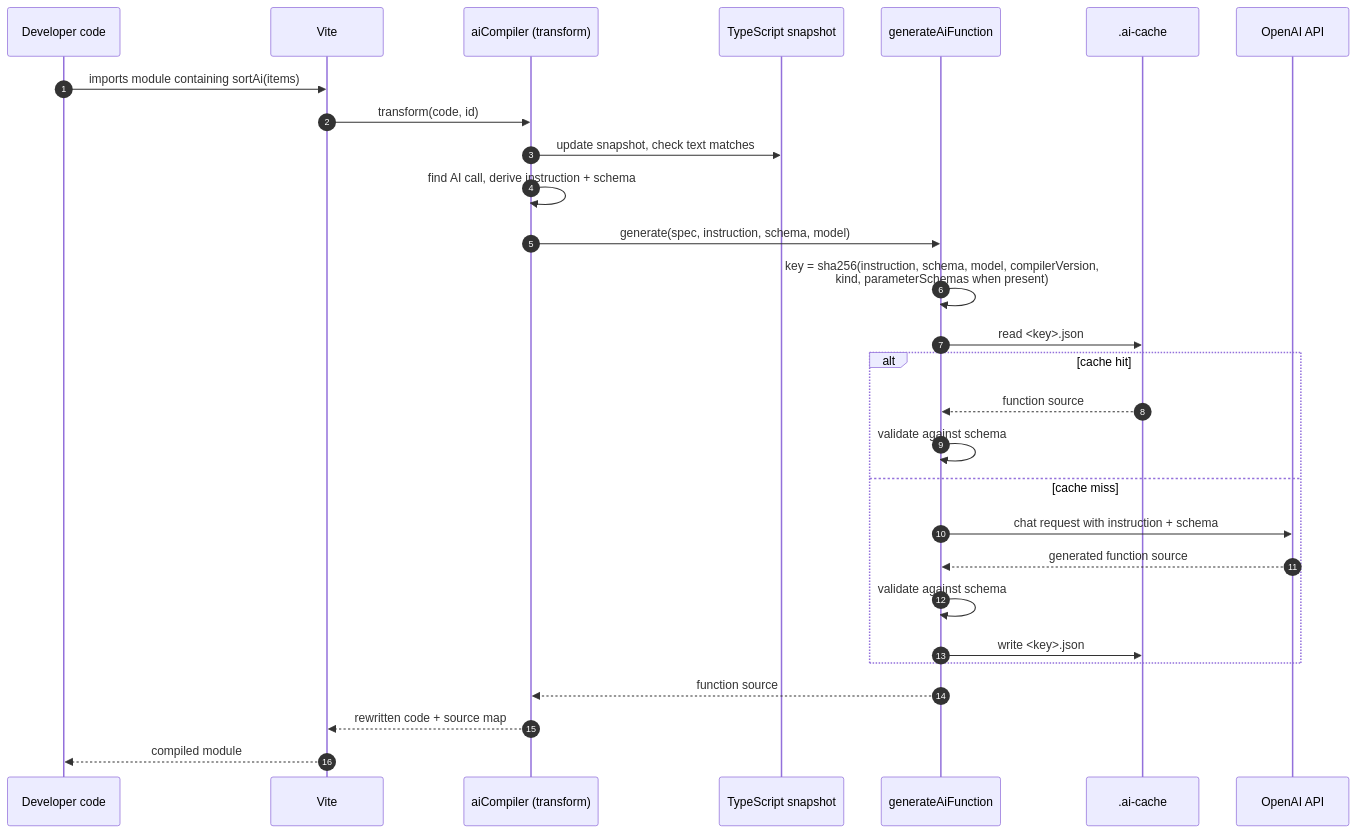
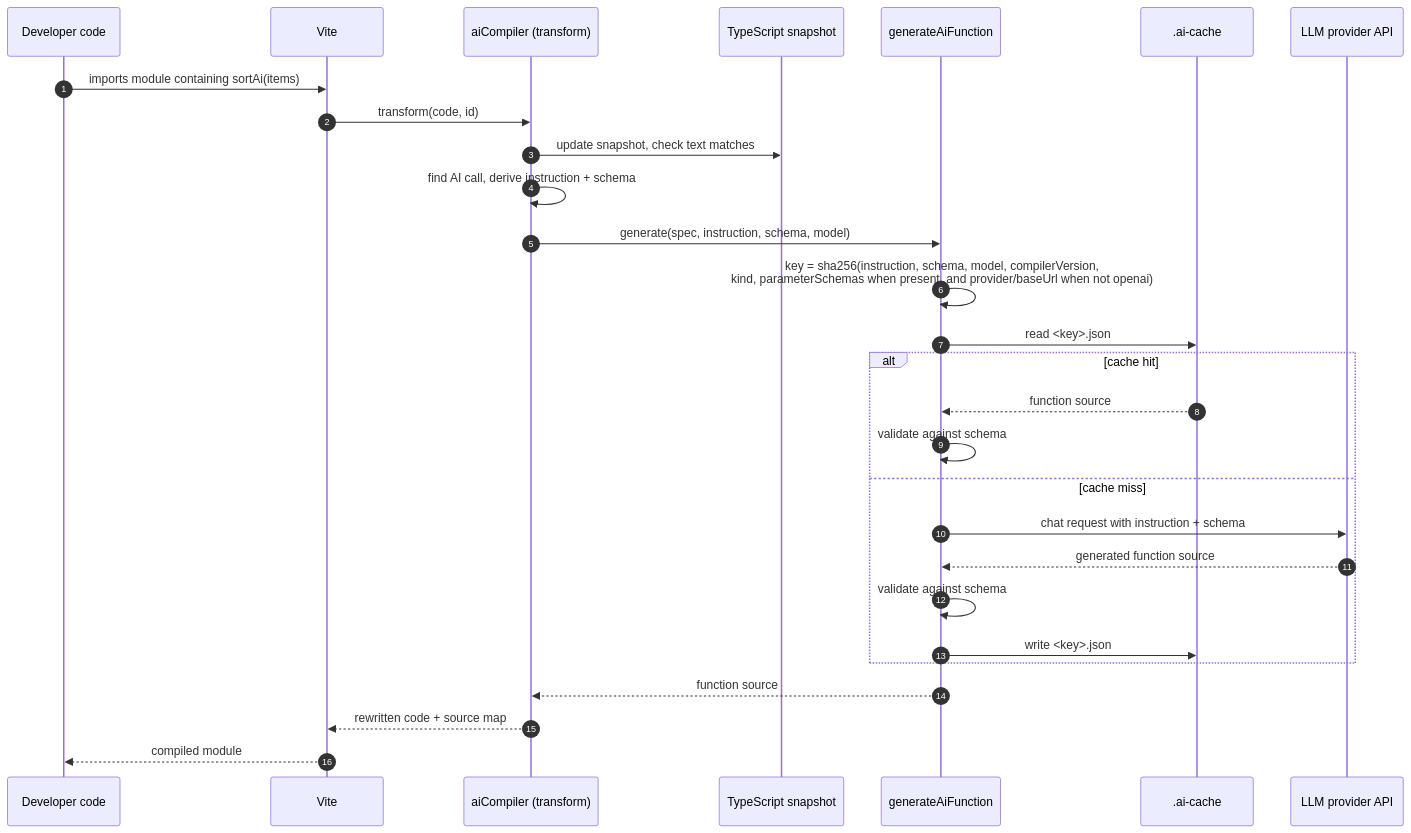
One commit to rand0mC0d3r/ai-lambda changed the third of 4 diagrams in packages/vite-plugin/docs/architecture.md. Above: the diagram before and after it, drawn with Mermaid. The commit also changed other lines of this file and 23 other files, not shown here.

````diff
--- a/packages/vite-plugin/docs/architecture.md
+++ b/packages/vite-plugin/docs/architecture.md
@@ -86,31 +86,31 @@
 ```mermaid
 sequenceDiagram
     autonumber
     participant Dev as Developer code
     participant Vite as Vite
     participant Plugin as aiCompiler (transform)
     participant TS as TypeScript snapshot
     participant Gen as generateAiFunction
     participant Cache as .ai-cache
-    participant OpenAI as OpenAI API
+    participant Provider as LLM provider API
 
     Dev->>Vite: imports module containing sortAi(items)
     Vite->>Plugin: transform(code, id)
     Plugin->>TS: update snapshot, check text matches
     Plugin->>Plugin: find AI call, derive instruction + schema
     Plugin->>Gen: generate(spec, instruction, schema, model)
-    Gen->>Gen: key = sha256(instruction, schema, model, compilerVersion,<br/>kind, parameterSchemas when present)
+    Gen->>Gen: key = sha256(instruction, schema, model, compilerVersion,<br/>kind, parameterSchemas when present, and provider/baseUrl when not openai)
     Gen->>Cache: read <key>.json
     alt cache hit
         Cache-->>Gen: function source
         Gen->>Gen: validate against schema
     else cache miss
-        Gen->>OpenAI: chat request with instruction + schema
-        OpenAI-->>Gen: generated function source
+        Gen->>Provider: chat request with instruction + schema
+        Provider-->>Gen: generated function source
         Gen->>Gen: validate against schema
         Gen->>Cache: write <key>.json
     end
     Gen-->>Plugin: function source
     Plugin-->>Vite: rewritten code + source map
     Vite-->>Dev: compiled module
 ```
````
